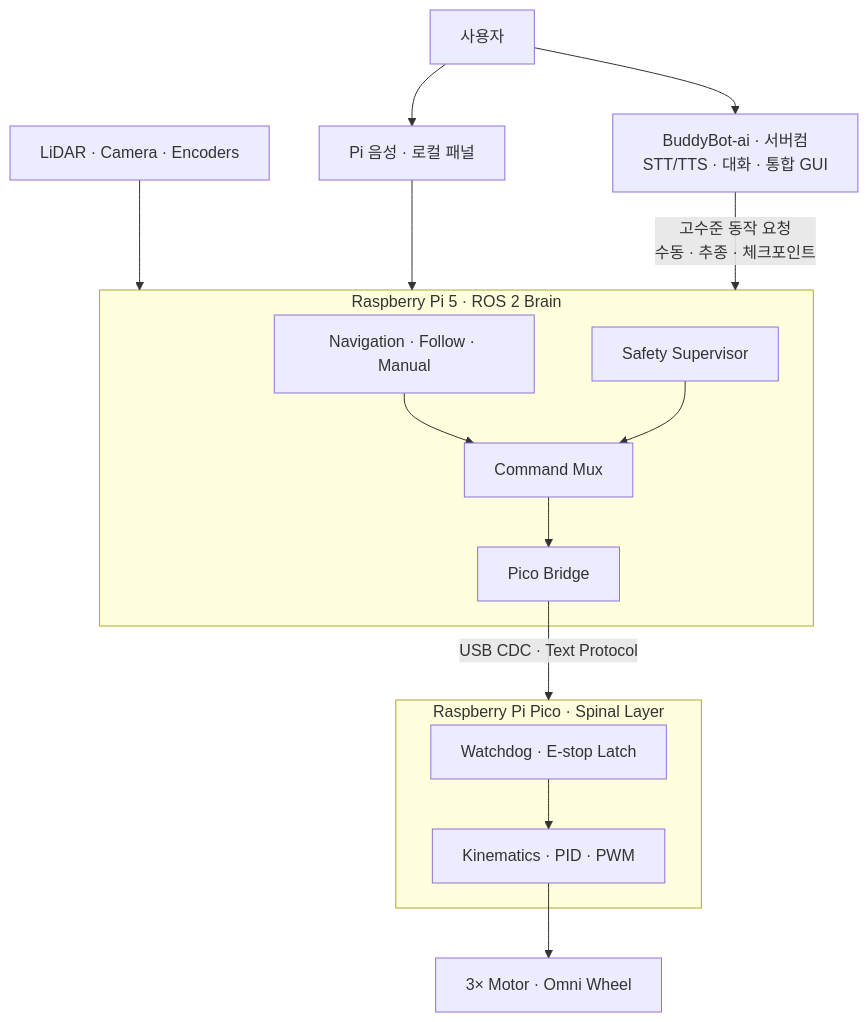
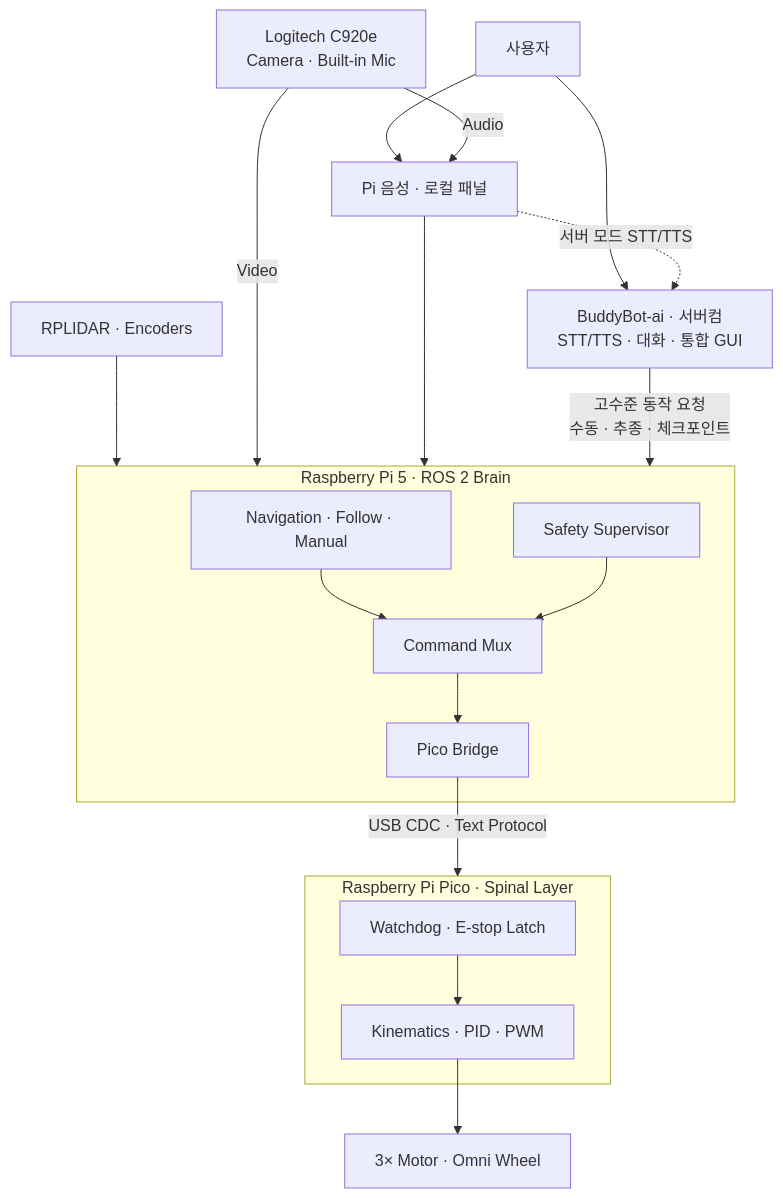
The diagram in README.md (rasasoe/BuddyBot), drawn with Mermaid before and after one commit. The commit also changed other lines of this file and 5 other files, not shown here.

````diff
--- a/README.md
+++ b/README.md
@@ -79,22 +136,25 @@
 ```mermaid
 flowchart TB
     User["사용자"] --> LocalUI["Pi 음성 · 로컬 패널"]
     User --> Server["BuddyBot-ai · 서버컴<br/>STT/TTS · 대화 · 통합 GUI"]
-    Sensors["LiDAR · Camera · Encoders"] --> Brain
+    Sensors["RPLIDAR · Encoders"] --> Brain
+    C920e["Logitech C920e<br/>Camera · Built-in Mic"] -->|"Video"| Brain
+    C920e -->|"Audio"| LocalUI
     LocalUI --> Brain
+    LocalUI -. "서버 모드 STT/TTS" .-> Server
     Server -->|"고수준 동작 요청<br/>수동 · 추종 · 체크포인트"| Brain
 
     subgraph Brain["Raspberry Pi 5 · ROS 2 Brain"]
         Behaviors["Navigation · Follow · Manual"] --> Mux["Command Mux"]
         Safety["Safety Supervisor"] --> Mux
         Mux --> Bridge["Pico Bridge"]
     end
 
     Bridge -->|"USB CDC · Text Protocol"| Pico
 
     subgraph Pico["Raspberry Pi Pico · Spinal Layer"]
         Guard["Watchdog · E-stop Latch"] --> Control["Kinematics · PID · PWM"]
     end
 
     Control --> Drive["3× Motor · Omni Wheel"]
 ```
````
